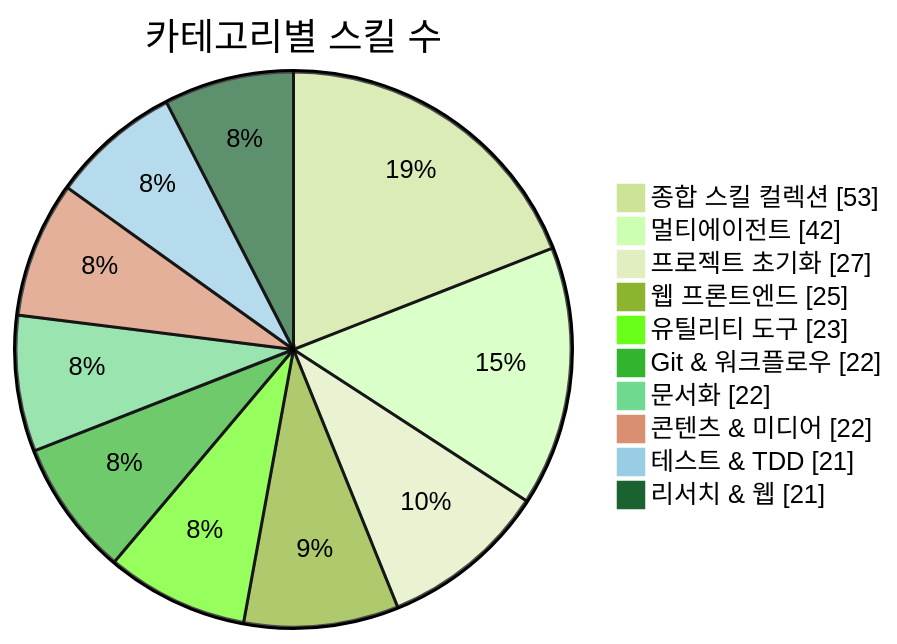
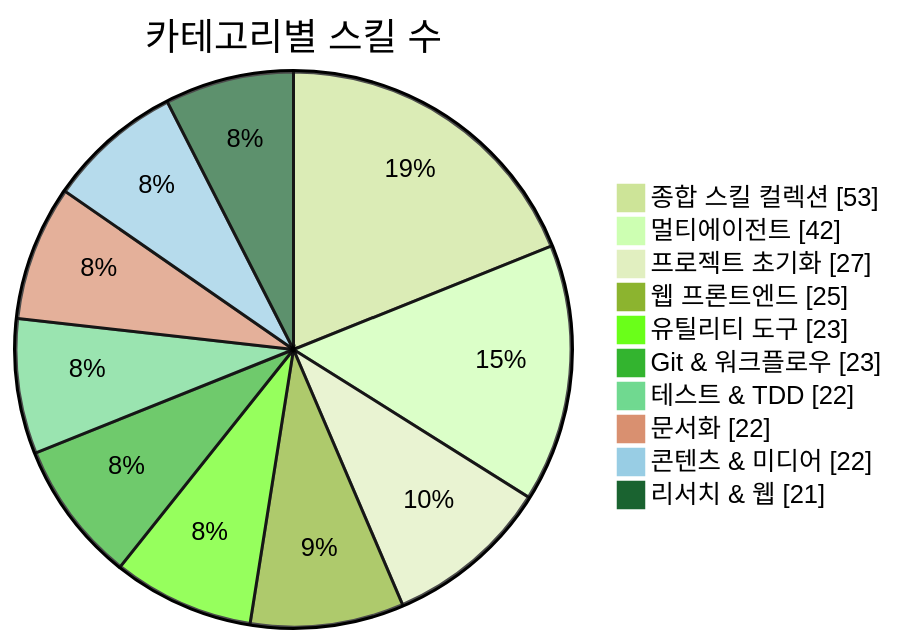
Before and after one commit to J-nowcow/awesome-korean-agent-skills: the first of 3 diagrams in README.md, drawn with Mermaid (forest theme). The commit also changed other lines of this file and 5 other files, not shown here.

````diff
--- a/README.md
+++ b/README.md
@@ -176,14 +176,14 @@
 ```mermaid
 pie showData
     title 카테고리별 스킬 수
     "종합 스킬 컬렉션" : 53
     "멀티에이전트" : 42
     "프로젝트 초기화" : 27
     "웹 프론트엔드" : 25
     "유틸리티 도구" : 23
-    "Git & 워크플로우" : 22
+    "Git & 워크플로우" : 23
+    "테스트 & TDD" : 22
     "문서화" : 22
     "콘텐츠 & 미디어" : 22
-    "테스트 & TDD" : 21
     "리서치 & 웹" : 21
 ```
````
